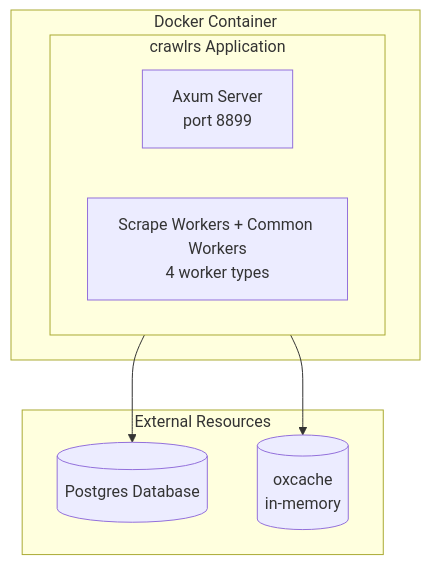
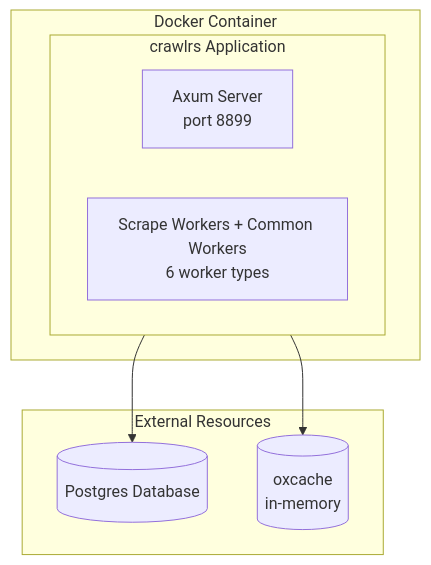
One commit to Kirky-X/crawlrs changed the eighth of 10 diagrams in docs/en/ARCHITECTURE.md. Above: the diagram before and after it, drawn with Mermaid. The commit also changed other lines of this file and 11 other files, not shown here.

````diff
--- a/docs/en/ARCHITECTURE.md
+++ b/docs/en/ARCHITECTURE.md
@@ -2064,17 +2064,17 @@
 ```mermaid
 flowchart TB
     subgraph Container [Docker Container]
         subgraph App [crawlrs Application]
             S1[Axum Server<br/>port 8899]
-            S2[Scrape Workers + Common Workers<br/>4 worker types]
+            S2[Scrape Workers + Common Workers<br/>6 worker types]
         end
     end
 
     subgraph Resources [External Resources]
         DB[(Postgres Database)]
         RC[(oxcache<br/>in-memory)]
     end
 
     App --> DB
     App --> RC
 ```
````
